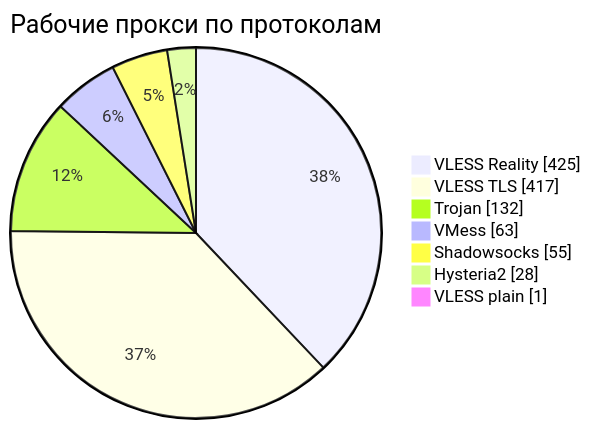
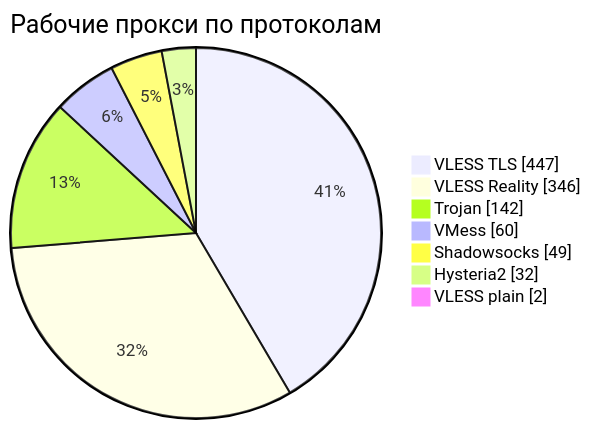
One commit to rvvg/proxy-subs changed the third of 4 diagrams in README.md. Above: the diagram before and after it, drawn with Mermaid. The commit also changed other lines of this file and 58 other files, not shown here.

````diff
--- a/README.md
+++ b/README.md
@@ -146,11 +145,11 @@
 ```mermaid
 pie showData
     title Рабочие прокси по протоколам
-    "VLESS Reality" : 425
-    "VLESS TLS" : 417
-    "Trojan" : 132
-    "VMess" : 63
-    "Shadowsocks" : 55
-    "Hysteria2" : 28
-    "VLESS plain" : 1
+    "VLESS TLS" : 447
+    "VLESS Reality" : 346
+    "Trojan" : 142
+    "VMess" : 60
+    "Shadowsocks" : 49
+    "Hysteria2" : 32
+    "VLESS plain" : 2
 ```
````
